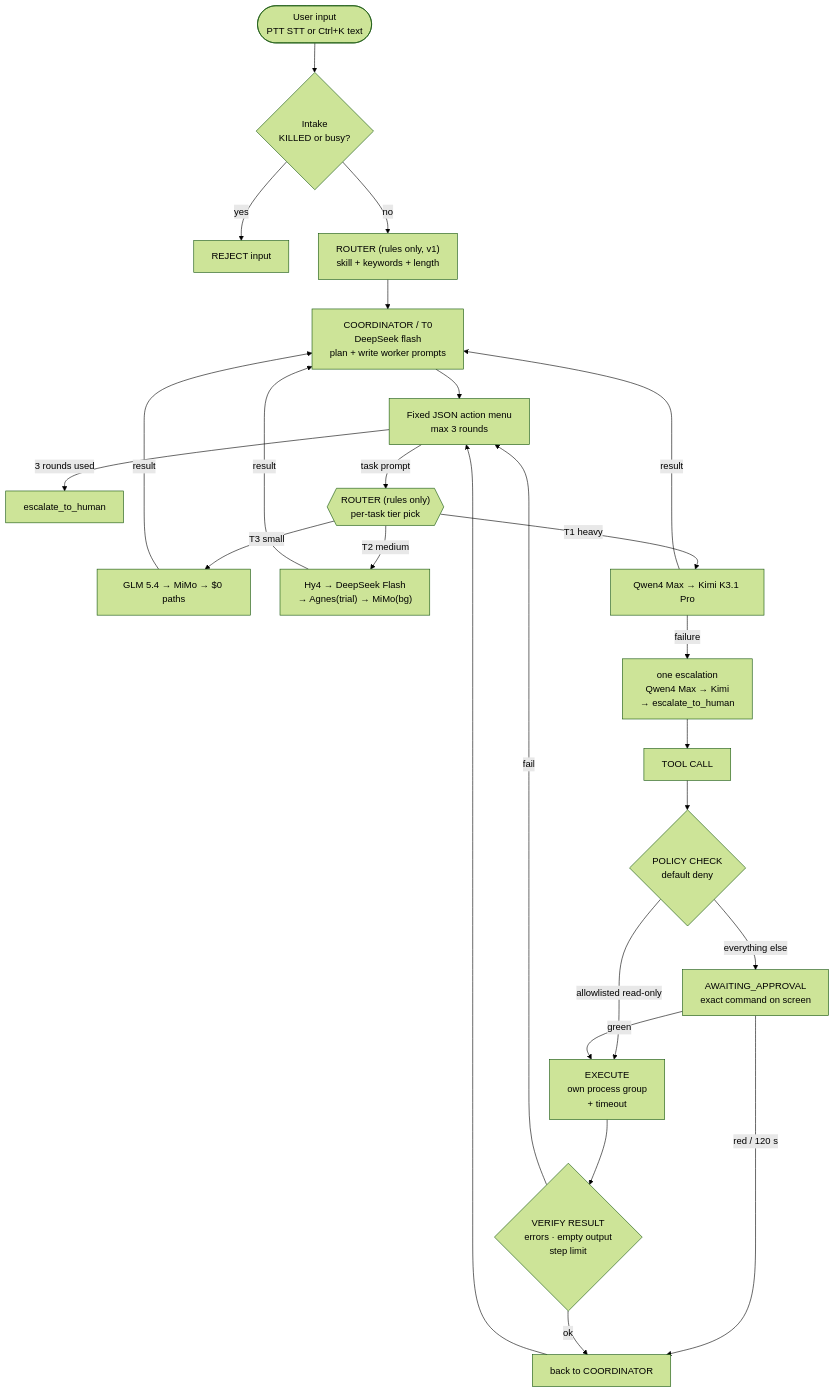
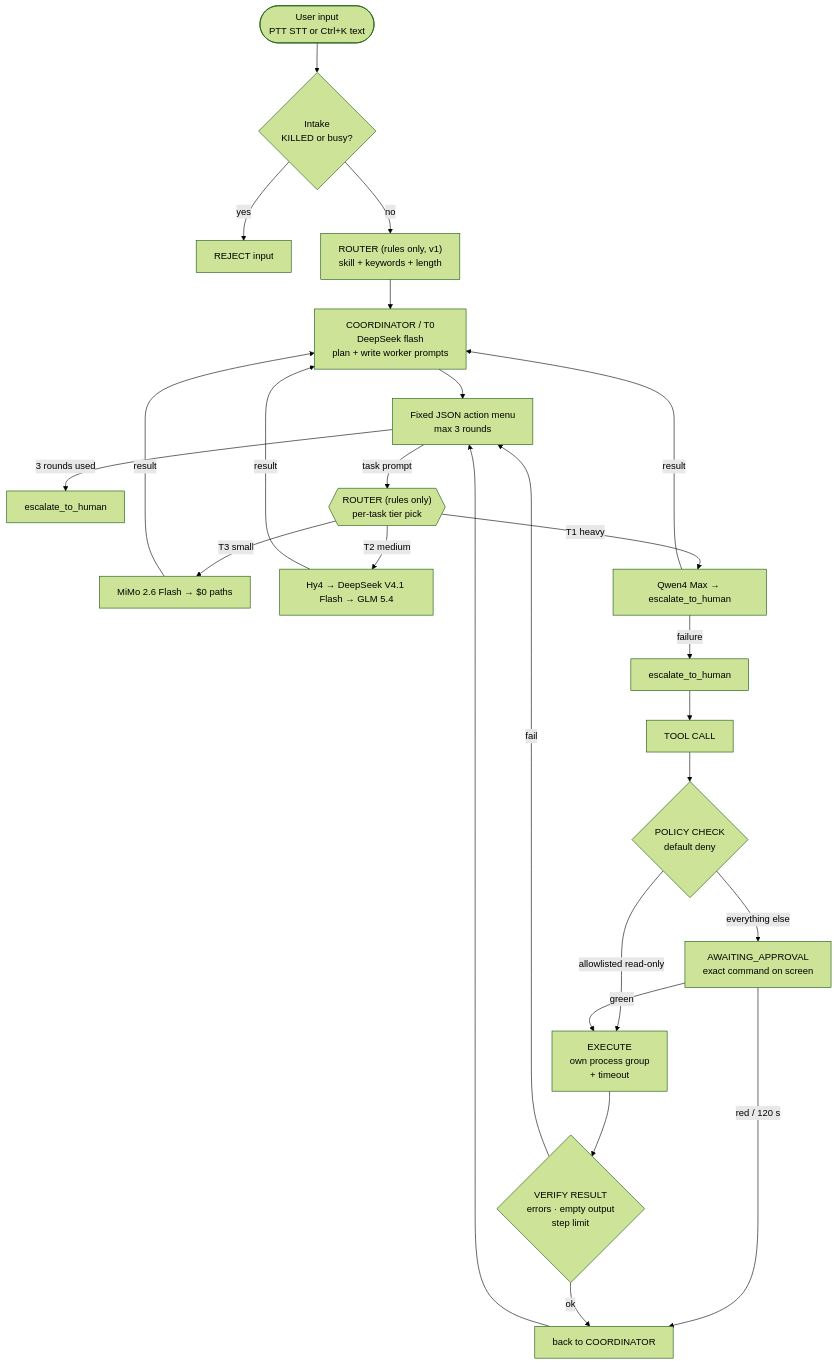
One commit to Daijay/si-console changed the third of 10 diagrams in docs/ARCHITECTURE_DIAGRAMS.md. Above: the diagram before and after it, drawn with Mermaid (forest theme). The commit also changed other lines of this file and 10 other files, not shown here.

````diff
--- a/docs/ARCHITECTURE_DIAGRAMS.md
+++ b/docs/ARCHITECTURE_DIAGRAMS.md
@@ -135,28 +137,28 @@
 ```mermaid
 flowchart TD
     START(["User input<br/>PTT STT  or  Ctrl+K text"]) --> INTAKE{"Intake<br/>KILLED or busy?"}
     INTAKE -- yes --> REJECT["REJECT input"]
     INTAKE -- no --> ROUTER["ROUTER (rules only, v1)<br/>skill + keywords + length"]
 
     ROUTER --> O["COORDINATOR / T0<br/>DeepSeek flash<br/>plan + write worker prompts"]
     O --> MENU["Fixed JSON action menu<br/>max 3 rounds"]
     MENU -->|3 rounds used| ESC["escalate_to_human"]
     MENU -->|task prompt| R2{{"ROUTER (rules only)<br/>per-task tier pick"}}
-    R2 -->|T3 small| W3["GLM 5.4 → MiMo → $0 paths"]
-    R2 -->|T2 medium| W2["Hy4 → DeepSeek Flash<br/>→ Agnes(trial) → MiMo(bg)"]
-    R2 -->|T1 heavy| W1["Qwen4 Max → Kimi K3.1 Pro"]
+    R2 -->|T3 small| W3["MiMo 2.6 Flash → $0 paths"]
+    R2 -->|T2 medium| W2["Hy4 → DeepSeek V4.1 Flash → GLM 5.4"]
+    R2 -->|T1 heavy| W1["Qwen4 Max → escalate_to_human"]
     W1 & W2 & W3 -->|result| O
-    W1 -->|failure| PRO["one escalation<br/>Qwen4 Max → Kimi<br/>→ escalate_to_human"]
+    W1 -->|failure| PRO["escalate_to_human"]
     PRO --> TOOL["TOOL CALL"]
 
     TOOL --> POLICY{"POLICY CHECK<br/>default deny"}
     POLICY -- "allowlisted read-only" --> EXEC["EXECUTE<br/>own process group<br/>+ timeout"]
     POLICY -- "everything else" --> WAIT["AWAITING_APPROVAL<br/>exact command on screen"]
     WAIT -->|green| EXEC
     WAIT -->|red / 120 s| BACK["back to COORDINATOR"]
 
     EXEC --> VERIFY{"VERIFY RESULT<br/>errors · empty output<br/>step limit"}
     VERIFY -- ok --> BACK
     VERIFY -- fail --> MENU
     BACK --> MENU
 ```
````
